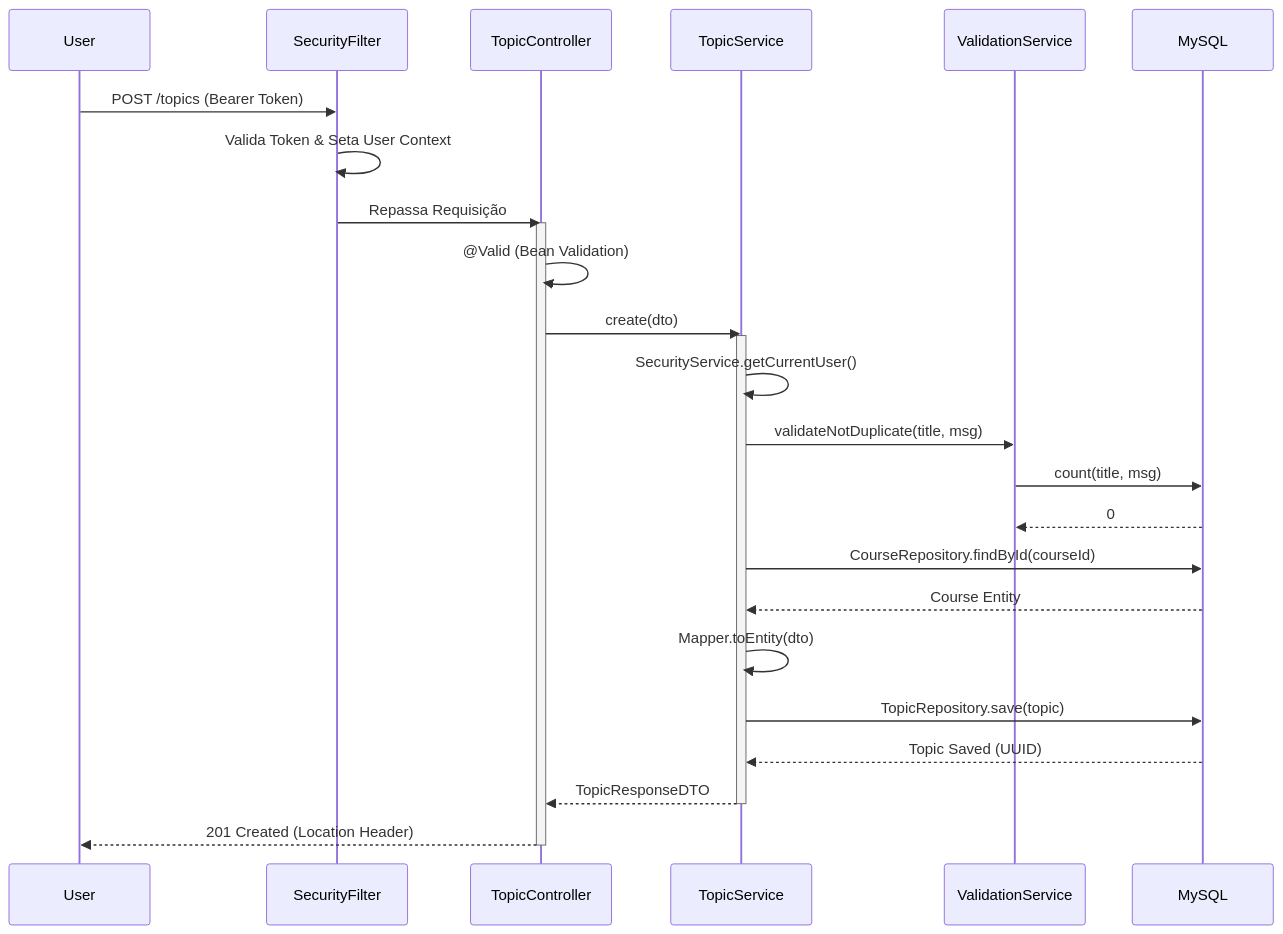
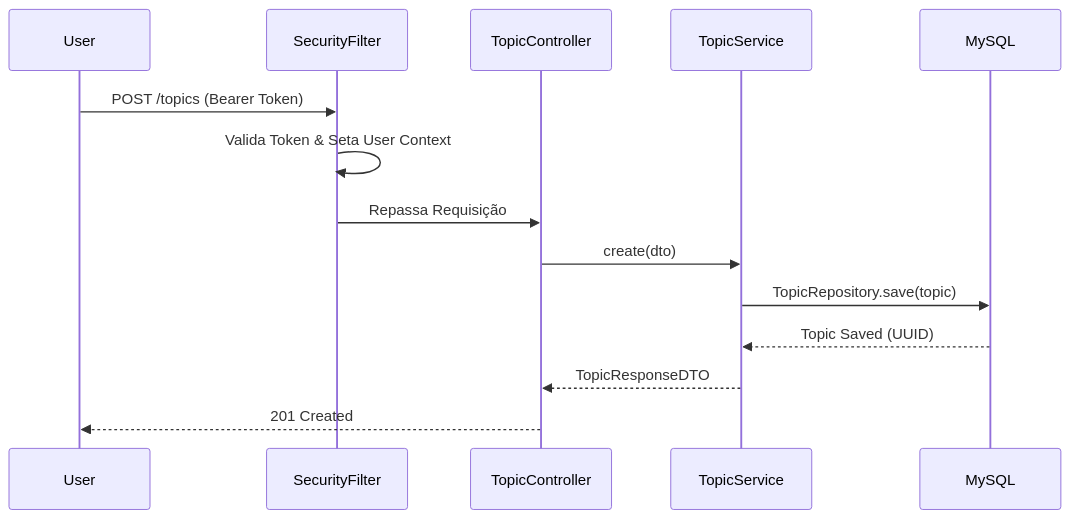
Before and after one commit to DessimA/forum-hub: the second of 3 diagrams in docs/pt-br/02-arquitetura.md, drawn with Mermaid. The commit also changed other lines of this file and 55 other files, not shown here.

````diff
--- a/docs/pt-br/02-arquitetura.md
+++ b/docs/pt-br/02-arquitetura.md
@@ -49,36 +64,17 @@
 ```mermaid
 sequenceDiagram
     participant User
     participant Filter as SecurityFilter
     participant API as TopicController
     participant Service as TopicService
-    participant Validator as ValidationService
     participant DB as MySQL
 
     User->>Filter: POST /topics (Bearer Token)
     Filter->>Filter: Valida Token & Seta User Context
     Filter->>API: Repassa Requisição
-
-    activate API
-    API->>API: @Valid (Bean Validation)
     API->>Service: create(dto)
-    
-    activate Service
-    Service->>Service: SecurityService.getCurrentUser()
-    Service->>Validator: validateNotDuplicate(title, msg)
-    Validator->>DB: count(title, msg)
-    DB-->>Validator: 0
-    
-    Service->>DB: CourseRepository.findById(courseId)
-    DB-->>Service: Course Entity
-    
-    Service->>Service: Mapper.toEntity(dto)
     Service->>DB: TopicRepository.save(topic)
     DB-->>Service: Topic Saved (UUID)
-    
     Service-->>API: TopicResponseDTO
-    deactivate Service
-    
-    API-->>User: 201 Created (Location Header)
-    deactivate API
+    API-->>User: 201 Created
 ```
````
